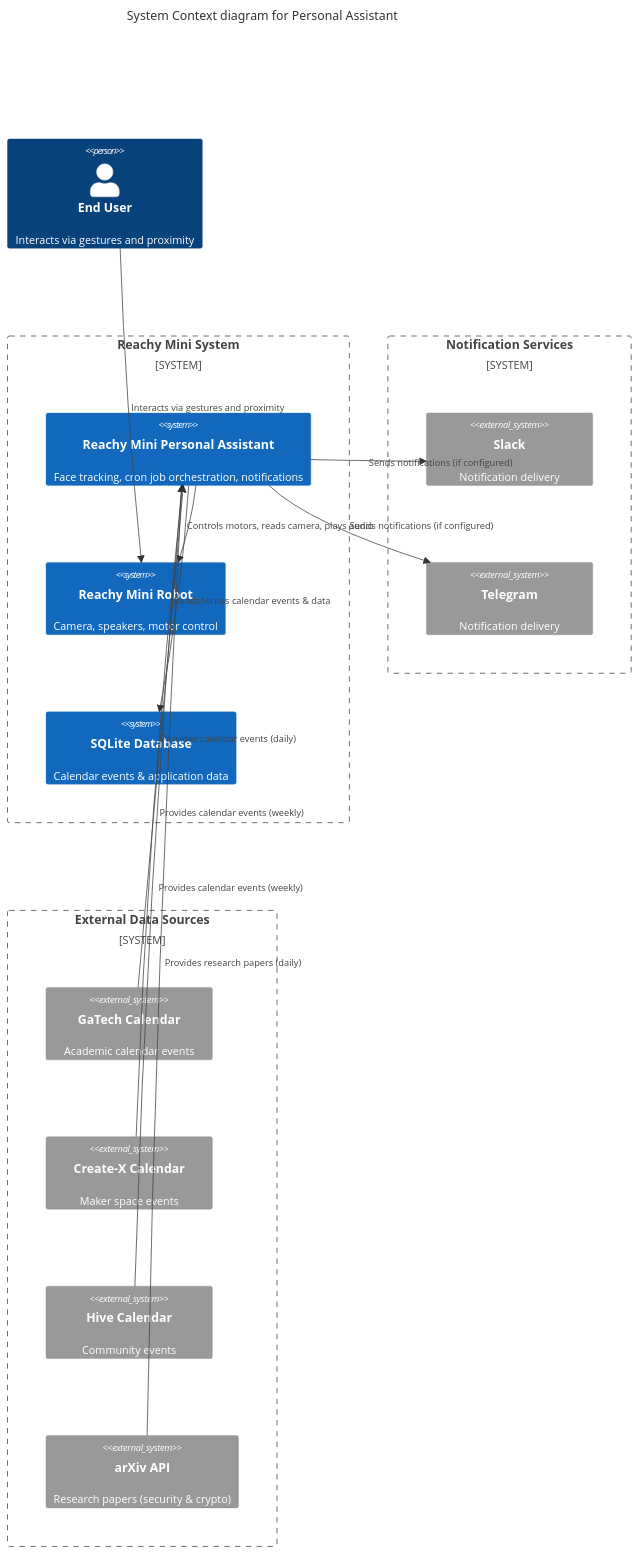
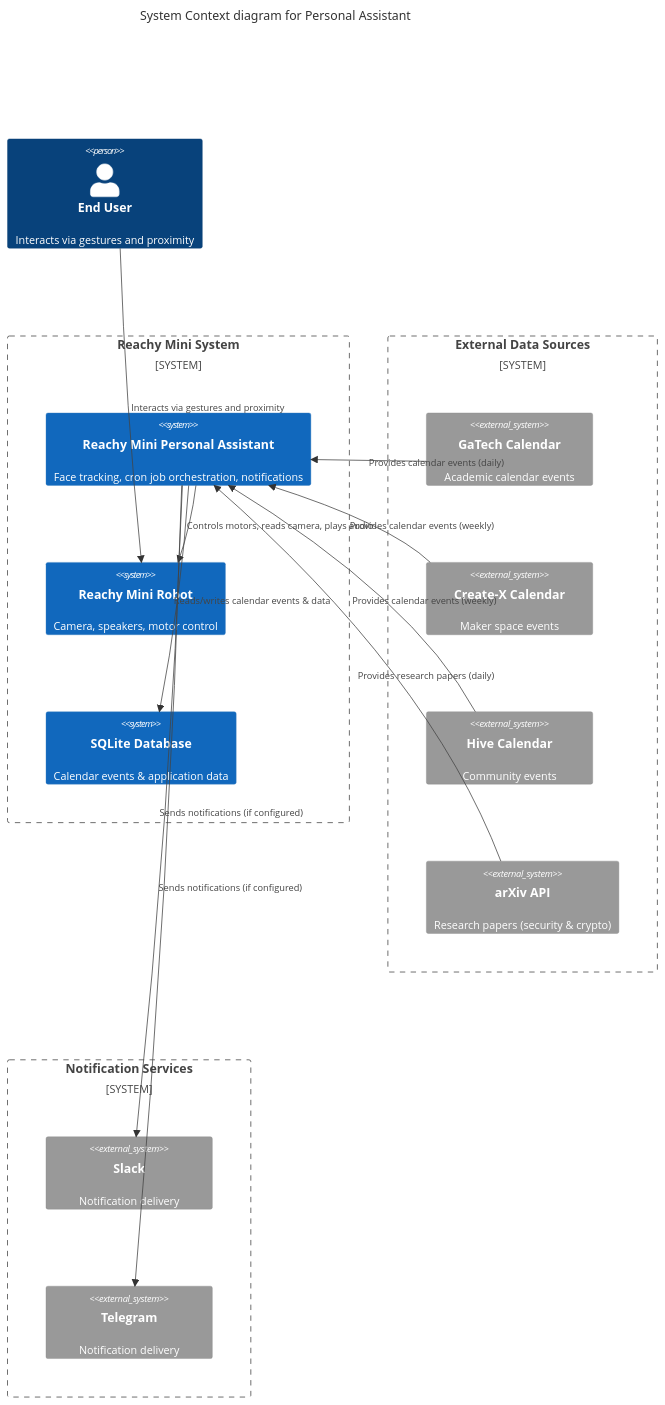
Before and after one commit to CandiedCode/reachy-assistant: the first of 2 diagrams in docs/Report.md, drawn with Mermaid. The commit also changed other lines of this file and 2 other files, not shown here.

````diff
--- a/docs/Report.md
+++ b/docs/Report.md
@@ -11,36 +12,36 @@
 ```mermaid
     C4Context
       title System Context diagram for Personal Assistant
+
+      Person(user, "End User", "Interacts via gestures and proximity")
 
       System_Boundary(reachy_system, "Reachy Mini System") {
         System(assistant, "Reachy Mini Personal Assistant", "Face tracking, cron job orchestration, notifications")
         System(reachy, "Reachy Mini Robot", "Camera, speakers, motor control")
         System(storage, "SQLite Database", "Calendar events & application data")
       }
 
-      Person(user, "End User", "Interacts via gestures and proximity")
-
-      System_Boundary(notification_services, "Notification Services") {
-        System_Ext(slack, "Slack", "Notification delivery")
-        System_Ext(telegram, "Telegram", "Notification delivery")
-      }
-
       System_Boundary(data_sources, "External Data Sources") {
         System_Ext(gatech, "GaTech Calendar", "Academic calendar events")
         System_Ext(createx, "Create-X Calendar", "Maker space events")
         System_Ext(hive, "Hive Calendar", "Community events")
         System_Ext(arxiv, "arXiv API", "Research papers (security & crypto)")
+      }
+
+      System_Boundary(notification_services, "Notification Services") {
+        System_Ext(slack, "Slack", "Notification delivery")
+        System_Ext(telegram, "Telegram", "Notification delivery")
       }
 
       Rel(gatech, assistant, "Provides calendar events (daily)")
       Rel(createx, assistant, "Provides calendar events (weekly)")
       Rel(hive, assistant, "Provides calendar events (weekly)")
       Rel(arxiv, assistant, "Provides research papers (daily)")
 
       Rel(assistant, storage, "Reads/writes calendar events & data")
       Rel(assistant, reachy, "Controls motors, reads camera, plays audio")
       Rel(user, reachy, "Interacts via gestures and proximity")
 
       Rel(assistant, slack, "Sends notifications (if configured)")
       Rel(assistant, telegram, "Sends notifications (if configured)")
 ```
````
